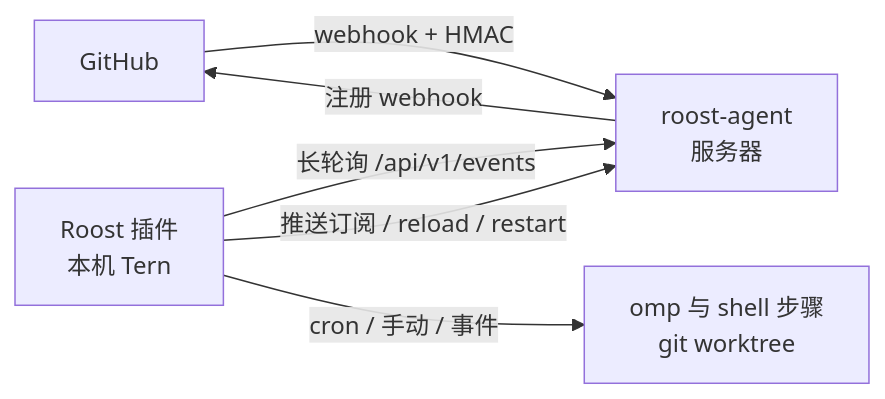
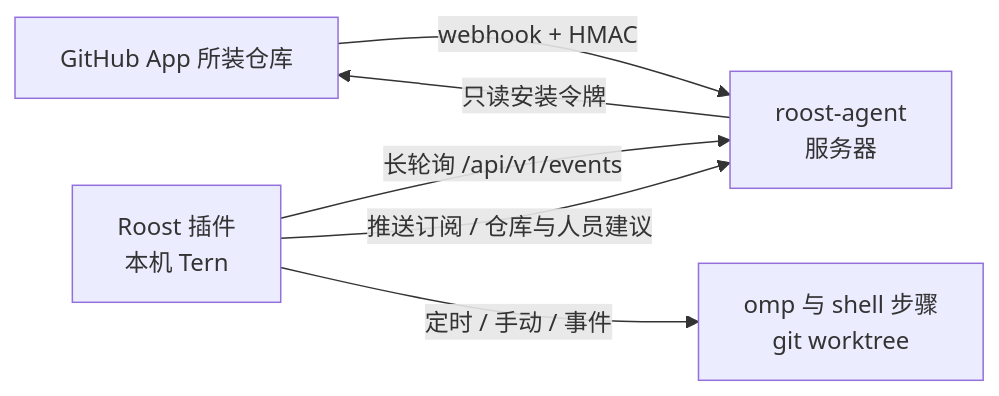
The diagram in README.zh-CN.md (zerx-lab/Roost), drawn with Mermaid before and after one commit. The commit also changed other lines of this file and 29 other files, not shown here.

First line of the commit message:
feat: 对标 Grok 的自动化编辑与 GitHub App 中继

````diff
--- a/README.zh-CN.md
+++ b/README.zh-CN.md
@@ -12,8 +12,8 @@
 ```mermaid
 flowchart LR
-  GH[GitHub] -- webhook + HMAC --> A[roost-agent<br/>服务器]
+  GH[GitHub App 所装仓库] -- webhook + HMAC --> A[roost-agent<br/>服务器]
   P[Roost 插件<br/>本机 Tern] -- 长轮询 /api/v1/events --> A
-  P -- 推送订阅 / reload / restart --> A
-  A -- 注册 webhook --> GH
-  P -- cron / 手动 / 事件 --> R[omp 与 shell 步骤<br/>git worktree]
+  P -- 推送订阅 / 仓库与人员建议 --> A
+  A -- 只读安装令牌 --> GH
+  P -- 定时 / 手动 / 事件 --> R[omp 与 shell 步骤<br/>git worktree]
 ```
````
